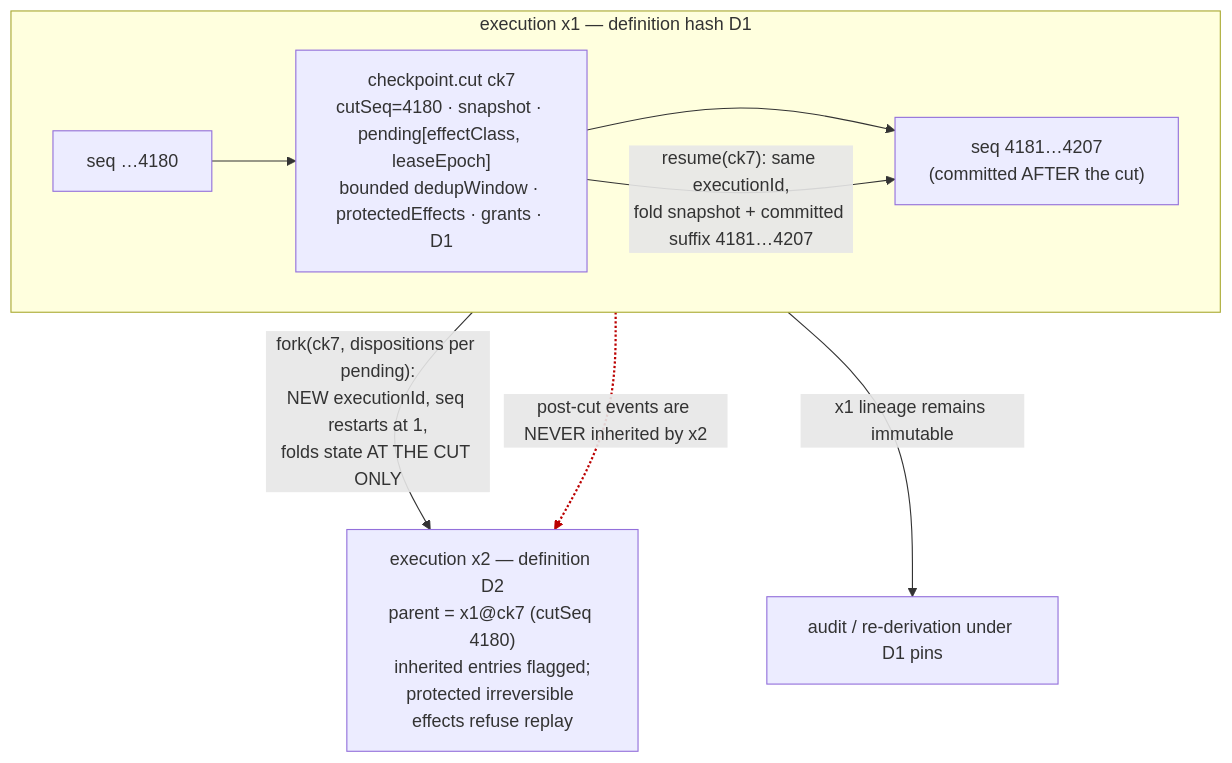
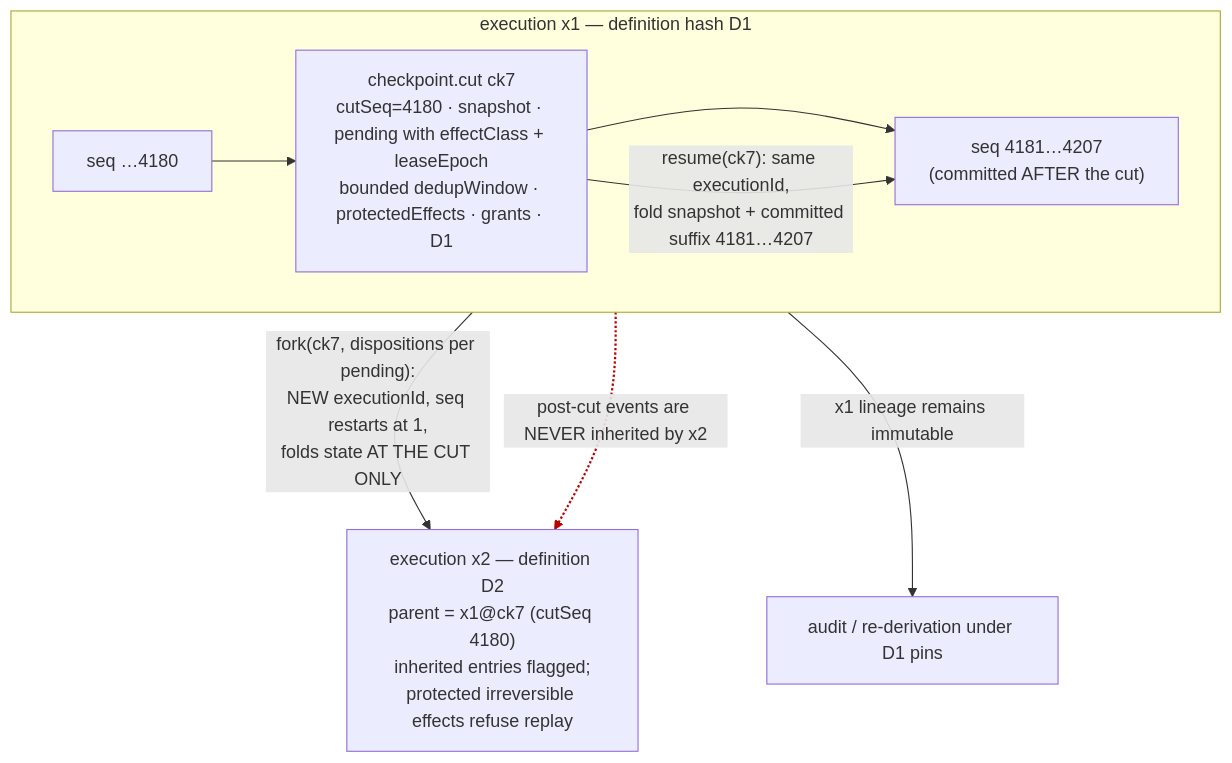
One commit to jeetu619/kyxo-runtime changed the second of 2 diagrams in docs/08-EVENT-AND-STATE-MODEL.md. Above: the diagram before and after it, drawn with Mermaid. The commit also changed other lines of this file and 4 other files, not shown here.

````diff
--- a/docs/08-EVENT-AND-STATE-MODEL.md
+++ b/docs/08-EVENT-AND-STATE-MODEL.md
@@ -391,13 +393,13 @@
 ```mermaid
 flowchart TB
   subgraph x1["execution x1 — definition hash D1"]
     direction LR
-    e1["seq …4180"] --> cp["checkpoint.cut ck7<br/>cutSeq=4180 · snapshot · pending[effectClass, leaseEpoch]<br/>bounded dedupWindow · protectedEffects · grants · D1"]
+    e1["seq …4180"] --> cp["checkpoint.cut ck7<br/>cutSeq=4180 · snapshot · pending with effectClass + leaseEpoch<br/>bounded dedupWindow · protectedEffects · grants · D1"]
     cp --> e2["seq 4181…4207<br/>(committed AFTER the cut)"]
   end
   cp -->|"resume(ck7): same executionId,<br/>fold snapshot + committed suffix 4181…4207"| e2
   cp -->|"fork(ck7, dispositions per pending):<br/>NEW executionId, seq restarts at 1,<br/>folds state AT THE CUT ONLY"| x2["execution x2 — definition D2<br/>parent = x1@ck7 (cutSeq 4180)<br/>inherited entries flagged;<br/>protected irreversible effects refuse replay"]
   e2 -.->|"post-cut events are NEVER inherited by x2"| x2
   e2 -->|"x1 lineage remains immutable"| audit["audit / re-derivation under D1 pins"]
   linkStyle 4 stroke:#b00,stroke-width:2px
 ```
````
